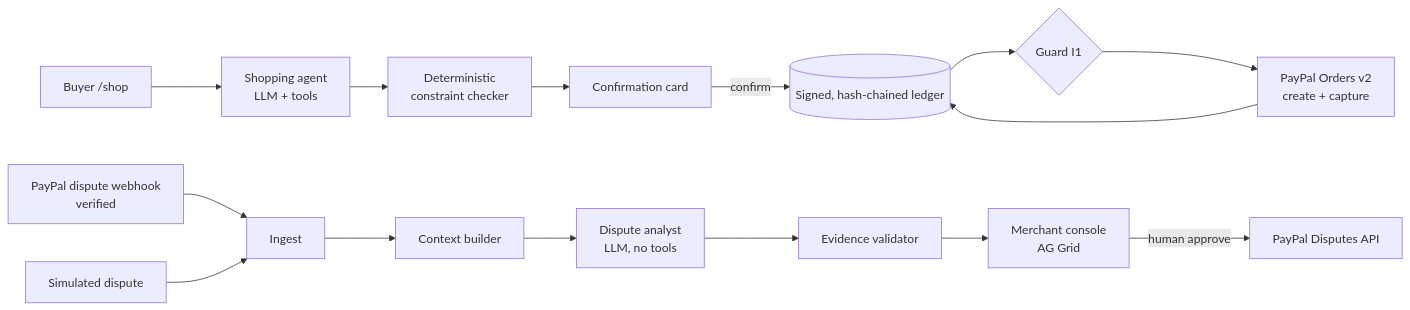
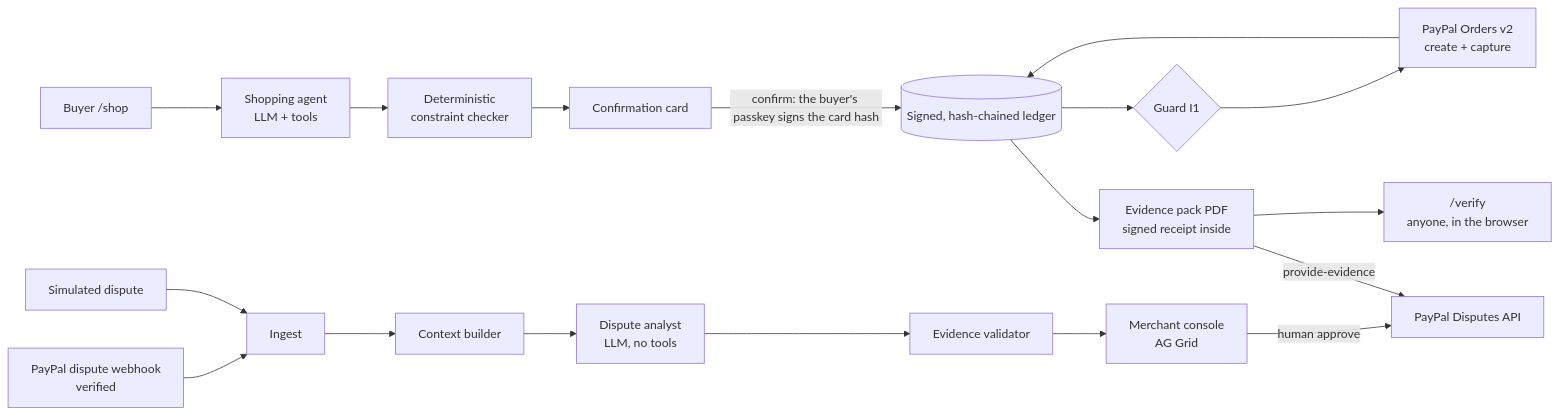
The diagram in README.md (Aditya-Khetawat/intent-receipt), drawn with Mermaid before and after one commit. The commit also changed other lines of this file and 2 other files, not shown here.

````diff
--- a/README.md
+++ b/README.md
@@ -58,17 +61,20 @@
 ```mermaid
 flowchart LR
   B[Buyer /shop] --> A[Shopping agent<br/>LLM + tools]
   A --> K[Deterministic<br/>constraint checker]
   K --> C[Confirmation card]
-  C -- confirm --> L[(Signed, hash-chained ledger)]
+  C -->|"confirm: the buyer's passkey signs the card hash"| L[(Signed, hash-chained ledger)]
   L --> G{Guard I1}
   G --> O[PayPal Orders v2<br/>create + capture]
   O --> L
   W[PayPal dispute webhook<br/>verified] --> I[Ingest]
   S[Simulated dispute] --> I
   I --> X[Context builder]
   X --> AN[Dispute analyst<br/>LLM, no tools]
   AN --> V[Evidence validator]
   V --> M[Merchant console<br/>AG Grid]
   M -- human approve --> D[PayPal Disputes API]
+  L --> E["Evidence pack PDF<br/>signed receipt inside"]
+  E -- provide-evidence --> D
+  E --> VP["/verify<br/>anyone, in the browser"]
 ```
````
